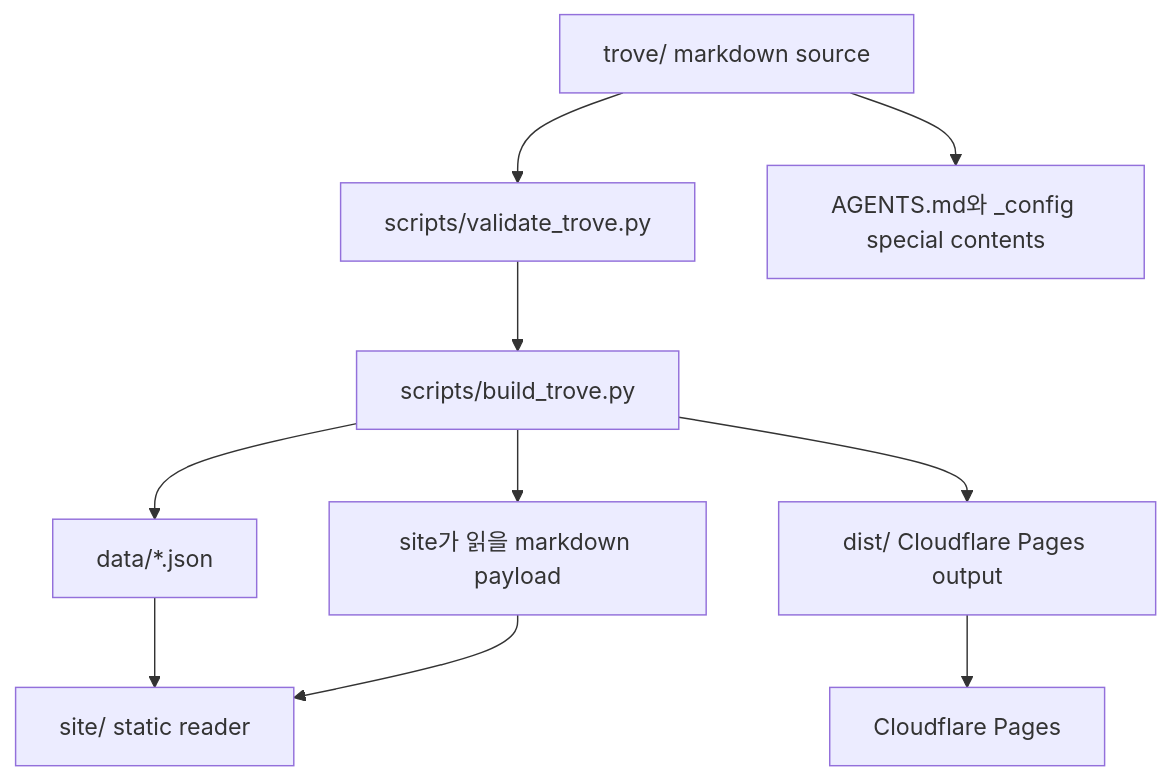
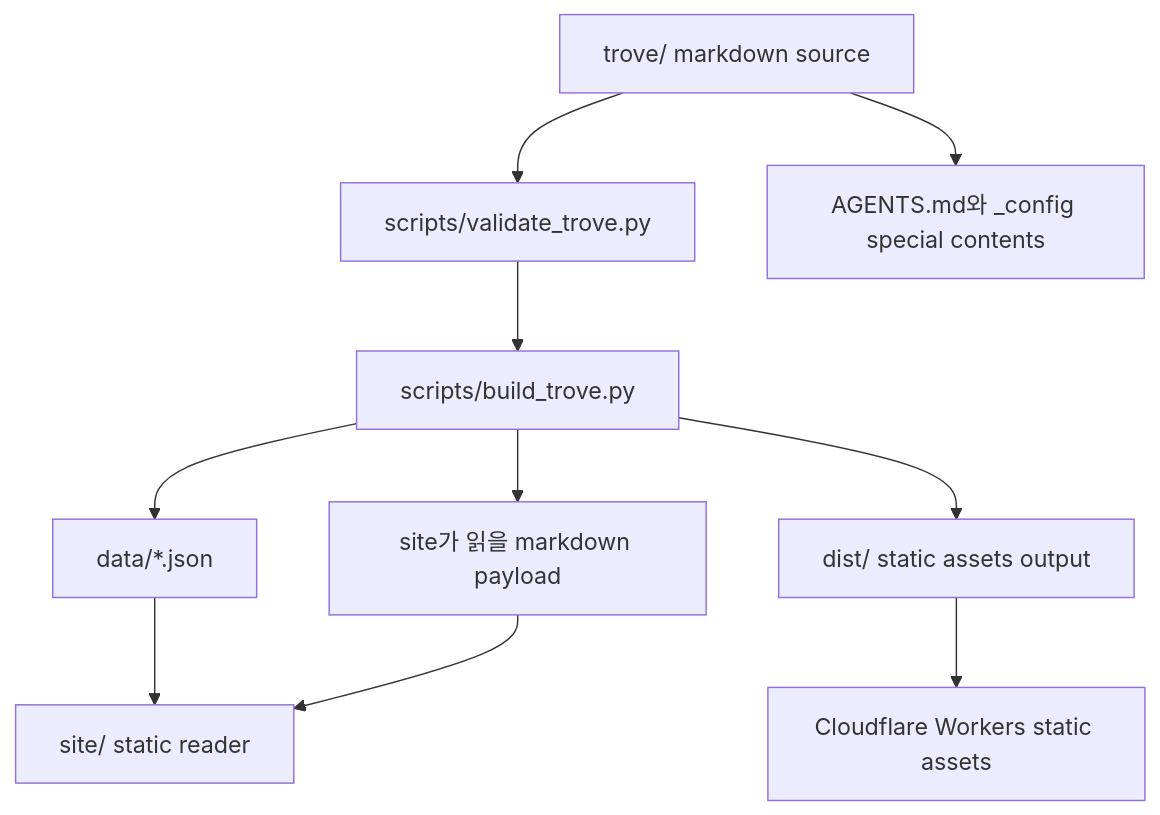
One commit to jeina7/ai-context-as-code changed the diagram in trove/Projects/ai-context-as-code/Designs/first-instance-architecture.md. Above: the diagram before and after it, drawn with Mermaid. The commit also changed other lines of this file and 19 other files, not shown here.

````diff
--- a/trove/Projects/ai-context-as-code/Designs/first-instance-architecture.md
+++ b/trove/Projects/ai-context-as-code/Designs/first-instance-architecture.md
@@ -43,12 +43,12 @@
 ```mermaid
 flowchart TD
   source["trove/ markdown source"] --> validate["scripts/validate_trove.py"]
   validate --> build["scripts/build_trove.py"]
   build --> data["data/*.json"]
   build --> publishable["site가 읽을 markdown payload"]
-  build --> dist["dist/ Cloudflare Pages output"]
+  build --> dist["dist/ static assets output"]
   data --> site["site/ static reader"]
   publishable --> site
-  dist --> deploy["Cloudflare Pages"]
+  dist --> deploy["Cloudflare Workers static assets"]
   source --> agents["AGENTS.md와 _config special contents"]
 ```
````
